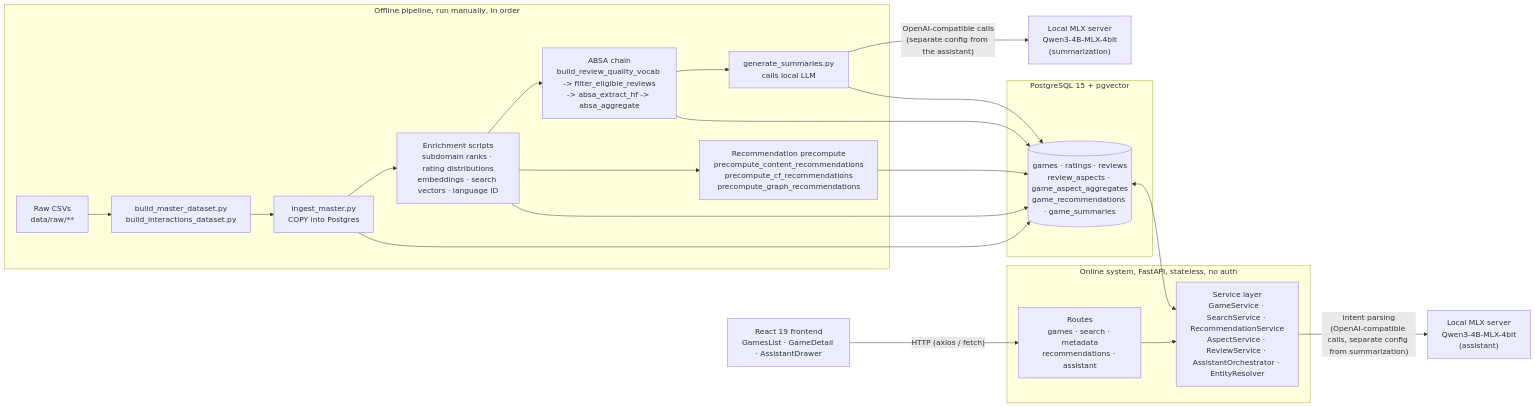
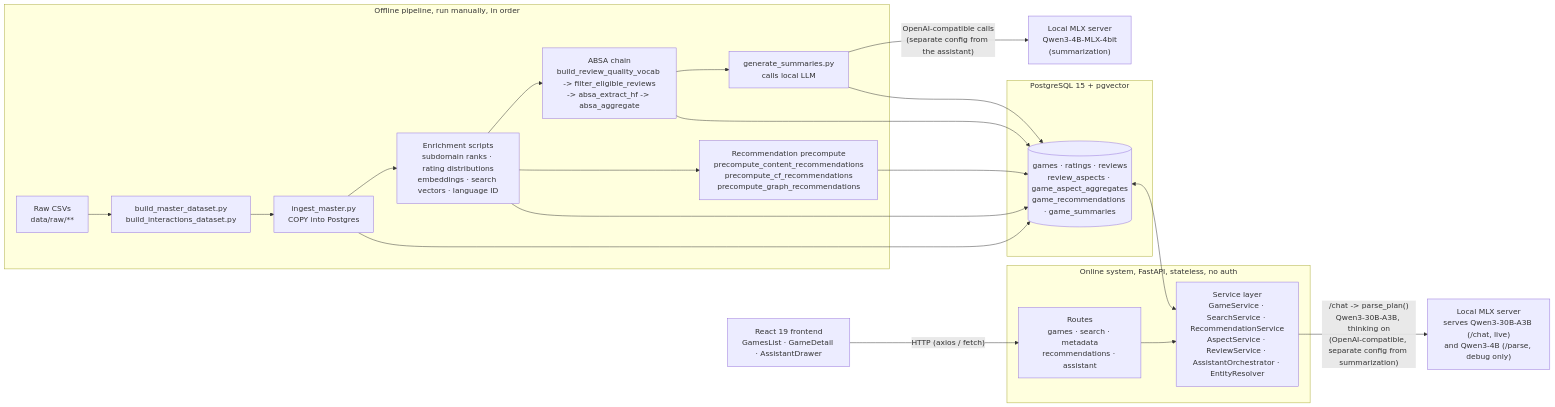
One commit to sina-negarandeh/ludora changed the diagram in docs/architecture/README.md. Above: the diagram before and after it, drawn with Mermaid. The commit also changed other lines of this file and 10 other files, not shown here.

````diff
--- a/docs/architecture/README.md
+++ b/docs/architecture/README.md
@@ -9,34 +9,34 @@
 ```mermaid
 flowchart LR
     subgraph Offline["Offline pipeline, run manually, in order"]
         RAW["Raw CSVs\ndata/raw/**"] --> MERGE["build_master_dataset.py\nbuild_interactions_dataset.py"]
         MERGE --> INGEST["ingest_master.py\nCOPY into Postgres"]
         INGEST --> ENRICH["Enrichment scripts\nsubdomain ranks · rating distributions\nembeddings · search vectors · language ID"]
         ENRICH --> ABSA["ABSA chain\nbuild_review_quality_vocab -> filter_eligible_reviews\n-> absa_extract_hf -> absa_aggregate"]
         ENRICH --> RECS["Recommendation precompute\nprecompute_content_recommendations\nprecompute_cf_recommendations\nprecompute_graph_recommendations"]
         ABSA --> SUMM["generate_summaries.py\ncalls local LLM"]
     end
 
     SUMM -- "OpenAI-compatible calls\n(separate config from the assistant)" --> MLX2["Local MLX server\nQwen3-4B-MLX-4bit\n(summarization)"]
 
     subgraph DB["PostgreSQL 15 + pgvector"]
         TBLS[("games · ratings · reviews\nreview_aspects · game_aspect_aggregates\ngame_recommendations · game_summaries")]
     end
 
     INGEST --> TBLS
     ENRICH --> TBLS
     ABSA --> TBLS
     RECS --> TBLS
     SUMM --> TBLS
 
     subgraph Online["Online system, FastAPI, stateless, no auth"]
         API["Routes\ngames · search · metadata\nrecommendations · assistant"]
         SVC["Service layer\nGameService · SearchService · RecommendationService\nAspectService · ReviewService · AssistantOrchestrator · EntityResolver"]
         API --> SVC
     end
 
     TBLS <--> SVC
-    SVC -- "intent parsing\n(OpenAI-compatible calls, separate config from summarization)" --> MLX["Local MLX server\nQwen3-4B-MLX-4bit\n(assistant)"]
+    SVC -- "/chat -> parse_plan()\nQwen3-30B-A3B, thinking on\n(OpenAI-compatible, separate config from summarization)" --> MLX["Local MLX server\nserves Qwen3-30B-A3B (/chat, live)\nand Qwen3-4B (/parse, debug only)"]
 
     FE["React 19 frontend\nGamesList · GameDetail · AssistantDrawer"] -- "HTTP (axios / fetch)" --> API
 ```
````
